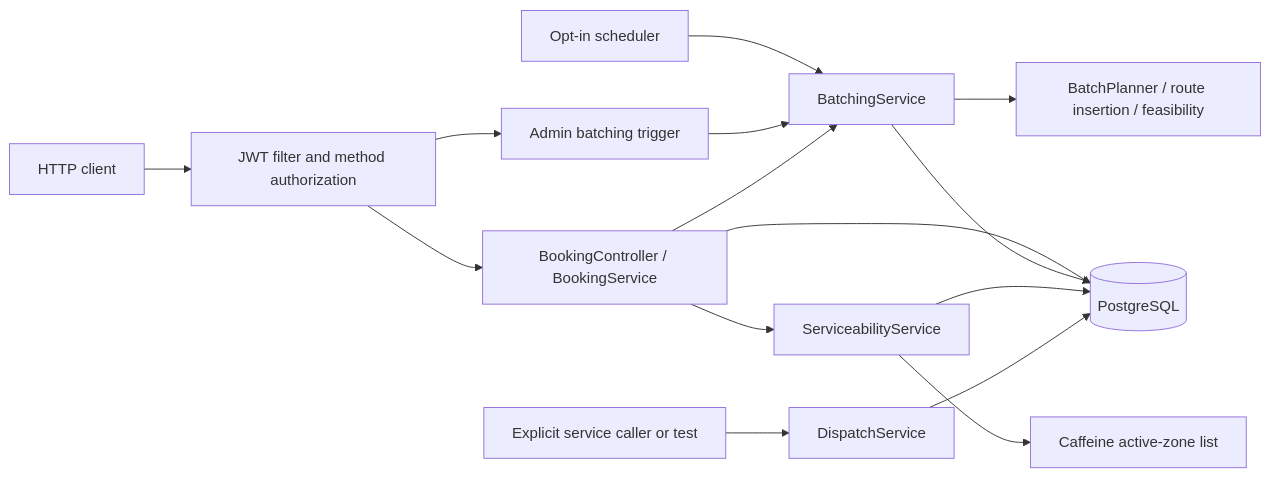
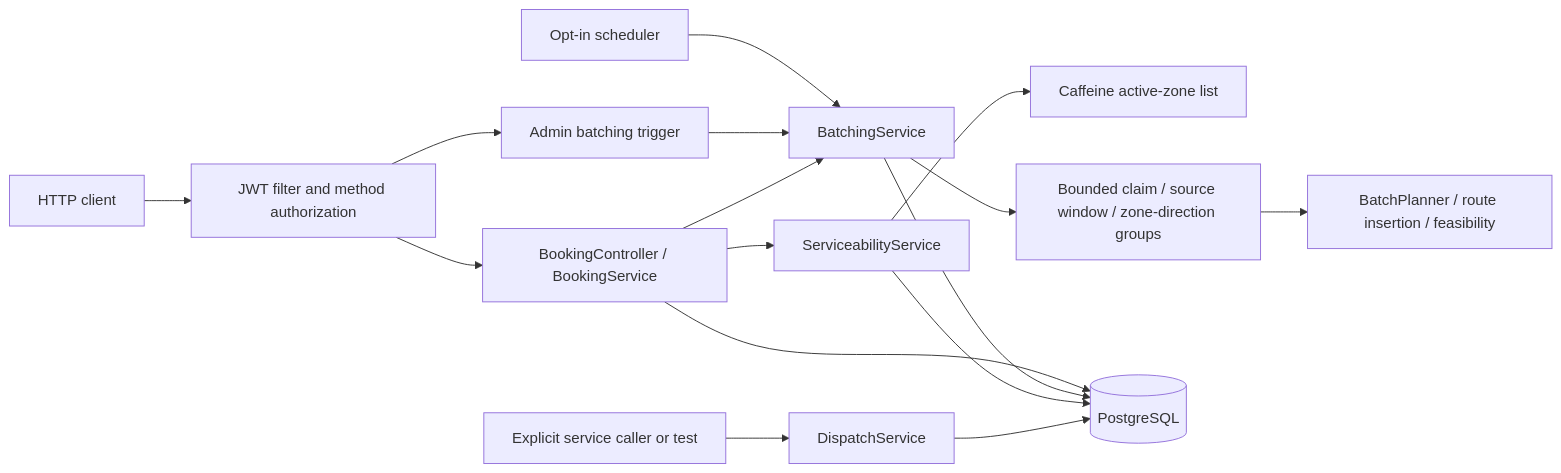
One commit to aakash-kr-7/sla-aware-ride-batching changed the first of 3 diagrams in docs/architecture.md. Above: the diagram before and after it, drawn with Mermaid. The commit also changed other lines of this file and 11 other files, not shown here.

````diff
--- a/docs/architecture.md
+++ b/docs/architecture.md
@@ -5,17 +5,18 @@
 ```mermaid
 flowchart LR
     Client[HTTP client] --> Security[JWT filter and method authorization]
     Security --> Booking[BookingController / BookingService]
     Security --> Admin[Admin batching trigger]
     Scheduler[Opt-in scheduler] --> Batch[BatchingService]
     Admin --> Batch
     Booking --> Batch
     Booking --> Zones[ServiceabilityService]
     Zones --> Cache[Caffeine active-zone list]
-    Batch --> Planner[BatchPlanner / route insertion / feasibility]
+    Batch --> Groups[Bounded claim / source window / zone-direction groups]
+    Groups --> Planner[BatchPlanner / route insertion / feasibility]
     Booking --> DB[(PostgreSQL)]
     Batch --> DB
     Zones --> DB
     Caller[Explicit service caller or test] --> Dispatch[DispatchService]
     Dispatch --> DB
 ```
````
